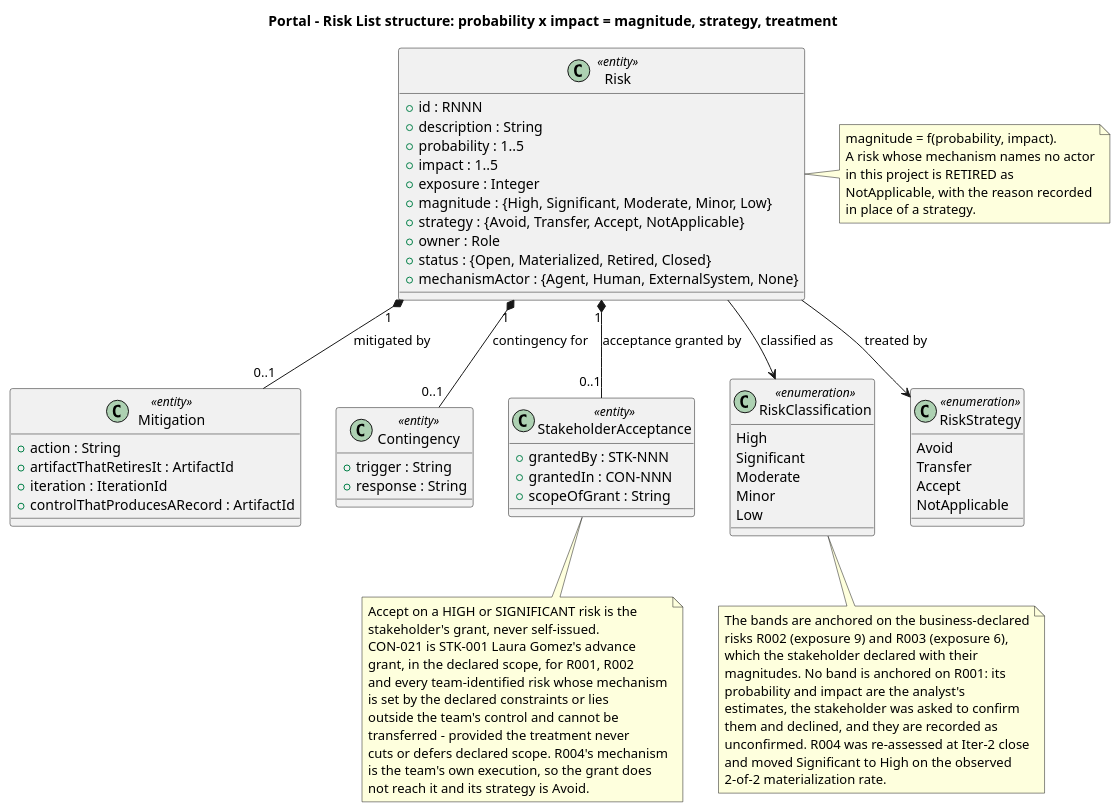
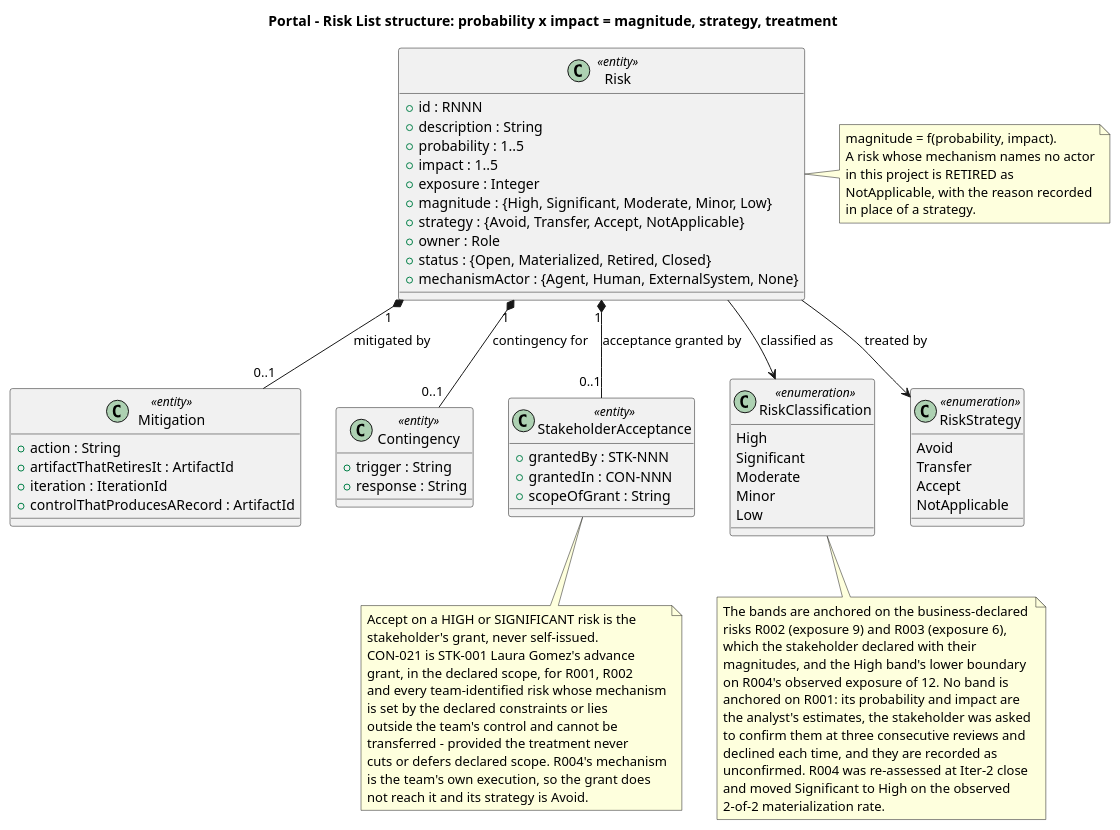
One commit to banense-test/portal changed the first of 4 diagrams in docs/artifacts/project-management/risk-list.md. Above: the diagram before and after it, drawn with PlantUML. The commit also changed other lines of this file, not shown here.

```diff
--- a/docs/artifacts/project-management/risk-list.md
+++ b/docs/artifacts/project-management/risk-list.md
@@ -89,10 +89,12 @@
   The bands are anchored on the business-declared
   risks R002 (exposure 9) and R003 (exposure 6),
   which the stakeholder declared with their
-  magnitudes. No band is anchored on R001: its
-  probability and impact are the analyst's
-  estimates, the stakeholder was asked to confirm
-  them and declined, and they are recorded as
+  magnitudes, and the High band's lower boundary
+  on R004's observed exposure of 12. No band is
+  anchored on R001: its probability and impact are
+  the analyst's estimates, the stakeholder was asked
+  to confirm them at three consecutive reviews and
+  declined each time, and they are recorded as
   unconfirmed. R004 was re-assessed at Iter-2 close
   and moved Significant to High on the observed
   2-of-2 materialization rate.
```
